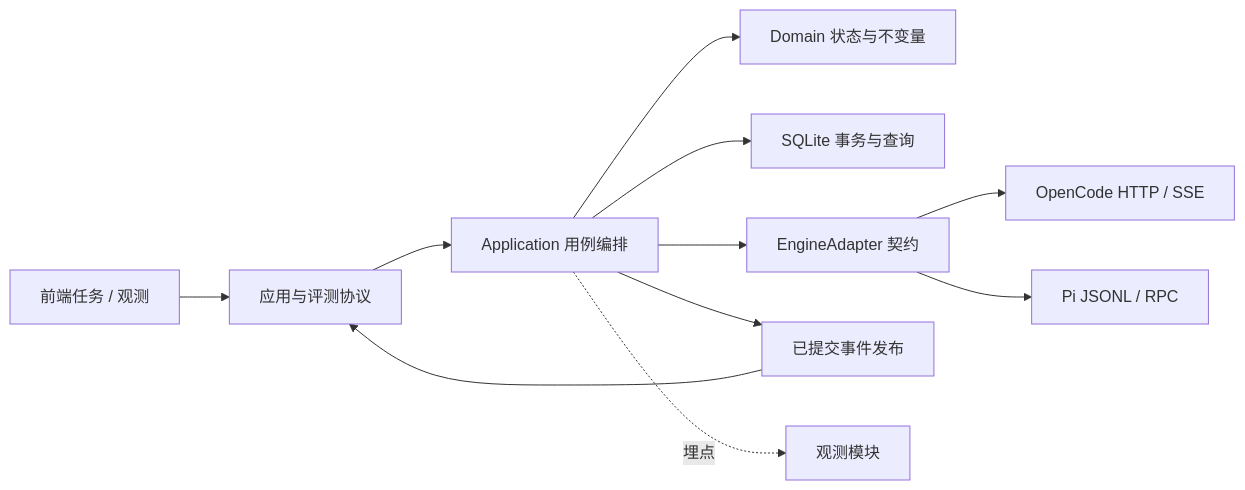
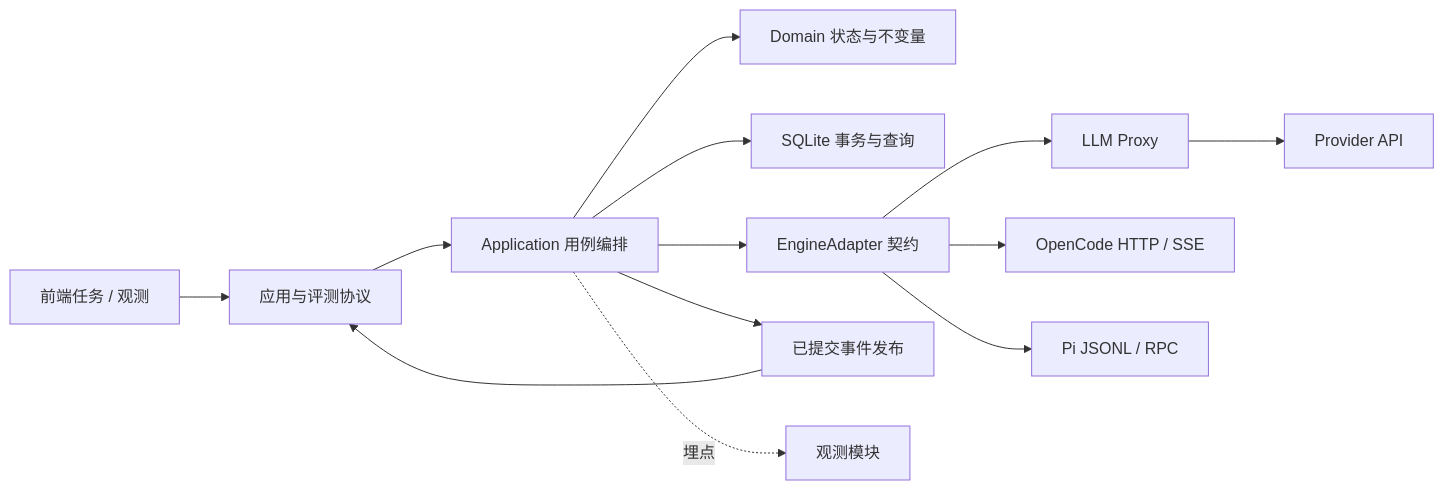
Before and after one commit to cyberspacelee/AgentBridge: the first of 3 diagrams in docs/design/DOMAIN.md, drawn with Mermaid. The commit also changed other lines of this file and 26 other files, not shown here.

Commit message:
feat: add unified llm api proxy

````diff
--- a/docs/design/DOMAIN.md
+++ b/docs/design/DOMAIN.md
@@ -18,13 +19,15 @@
 ```mermaid
 flowchart LR
   UI[前端任务 / 观测] --> HTTP[应用与评测协议]
   HTTP --> App[Application 用例编排]
   App --> Domain[Domain 状态与不变量]
   App --> Store[SQLite 事务与查询]
   App --> Adapter[EngineAdapter 契约]
+  Adapter --> Proxy[LLM Proxy]
+  Proxy --> Provider[Provider API]
   Adapter --> OC[OpenCode HTTP / SSE]
   Adapter --> Pi[Pi JSONL / RPC]
   App --> Events[已提交事件发布]
   Events --> HTTP
   App -. 埋点 .-> Observe[观测模块]
 ```
````
